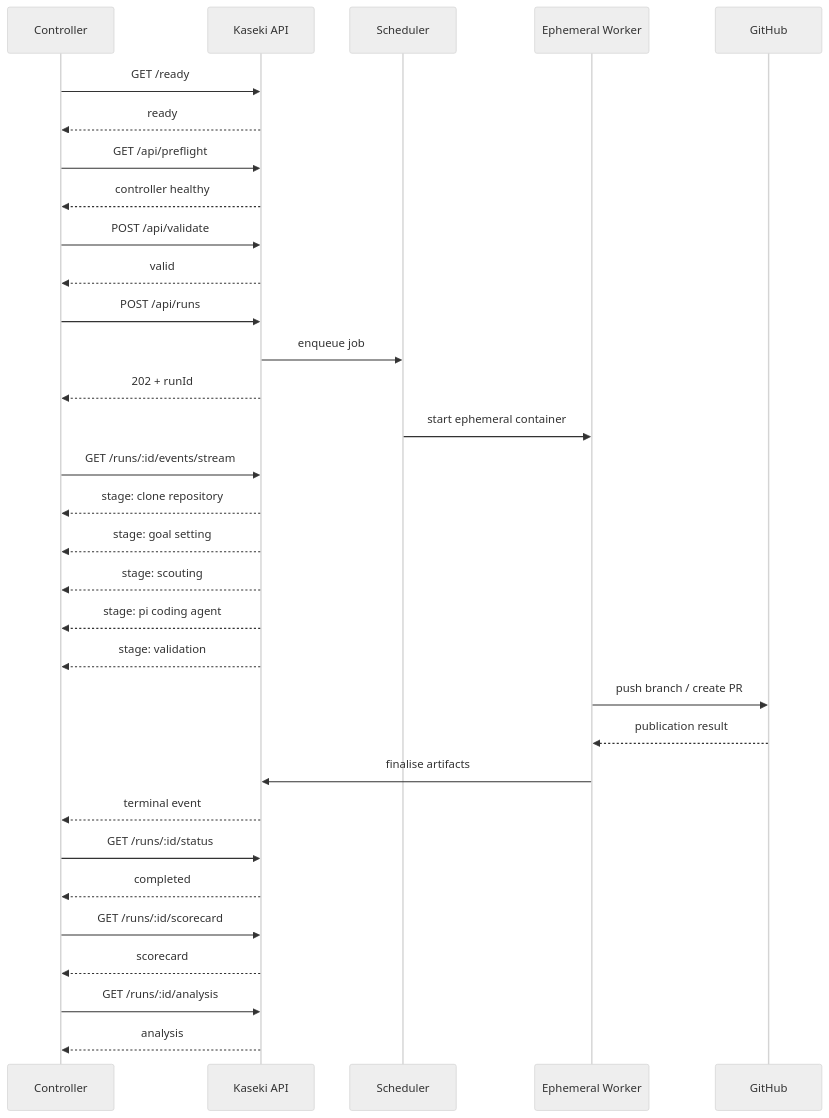
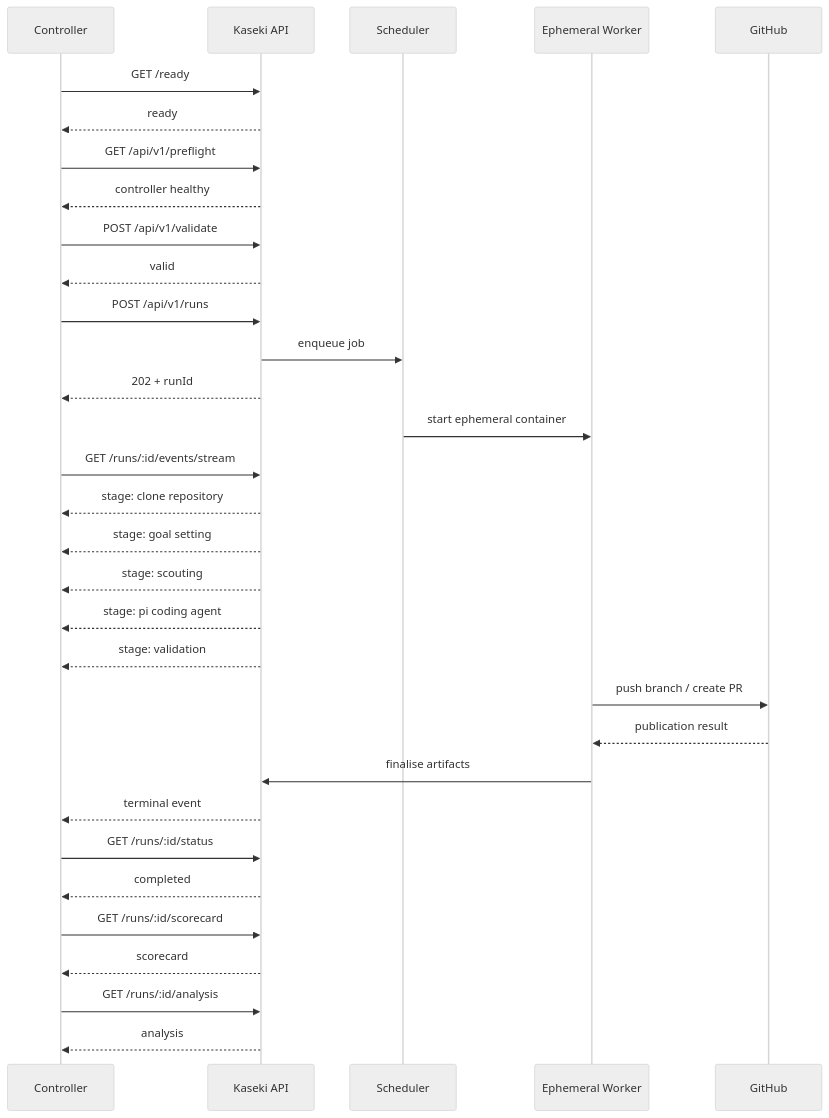
The seventh of 7 diagrams in docs/KASEKI-AGENT-LIFECYCLE-DIAGRAMS.md (CyanAutomation/kaseki-agent), drawn with Mermaid (neutral theme) before and after one commit. The commit also changed other lines of this file and 85 other files, not shown here.

````diff
--- a/docs/KASEKI-AGENT-LIFECYCLE-DIAGRAMS.md
+++ b/docs/KASEKI-AGENT-LIFECYCLE-DIAGRAMS.md
@@ -402,45 +402,45 @@
 ```mermaid
 sequenceDiagram
     participant C as Controller
     participant API as Kaseki API
     participant Q as Scheduler
     participant W as Ephemeral Worker
     participant GH as GitHub
 
     C->>API: GET /ready
     API-->>C: ready
 
-    C->>API: GET /api/preflight
+    C->>API: GET /api/v1/preflight
     API-->>C: controller healthy
 
-    C->>API: POST /api/validate
+    C->>API: POST /api/v1/validate
     API-->>C: valid
 
-    C->>API: POST /api/runs
+    C->>API: POST /api/v1/runs
     API->>Q: enqueue job
     API-->>C: 202 + runId
 
     Q->>W: start ephemeral container
 
     C->>API: GET /runs/:id/events/stream
     API-->>C: stage: clone repository
     API-->>C: stage: goal setting
     API-->>C: stage: scouting
     API-->>C: stage: pi coding agent
     API-->>C: stage: validation
 
     W->>GH: push branch / create PR
     GH-->>W: publication result
 
     W->>API: finalise artifacts
     API-->>C: terminal event
 
     C->>API: GET /runs/:id/status
     API-->>C: completed
 
     C->>API: GET /runs/:id/scorecard
     API-->>C: scorecard
 
     C->>API: GET /runs/:id/analysis
     API-->>C: analysis
 ```
````
